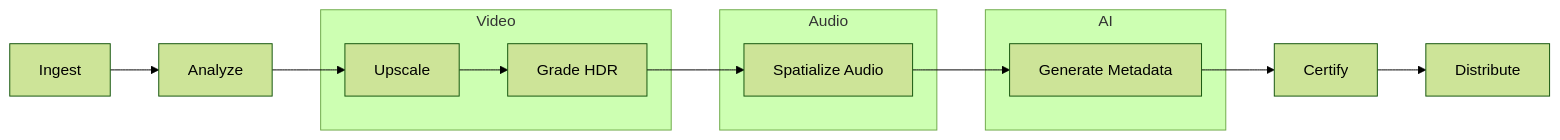
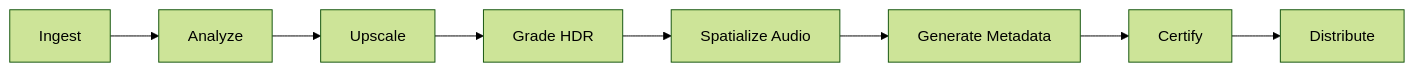
One commit to sylvain-cinema/content-pipeline changed the diagram in README.md. Above: the diagram before and after it, drawn with Mermaid (forest theme). The commit also changed other lines of this file, not shown here.

````diff
--- a/README.md
+++ b/README.md
@@ -23,23 +30,10 @@
 ```mermaid
 graph LR
     A[Ingest] --> B[Analyze]
     B --> C[Upscale]
     C --> D[Grade HDR]
     D --> E[Spatialize Audio]
     E --> F[Generate Metadata]
     F --> G[Certify]
     G --> H[Distribute]
-
-    subgraph Video
-        C
-        D
-    end
-
-    subgraph Audio
-        E
-    end
-
-    subgraph AI
-        F
-    end
 ```
````
